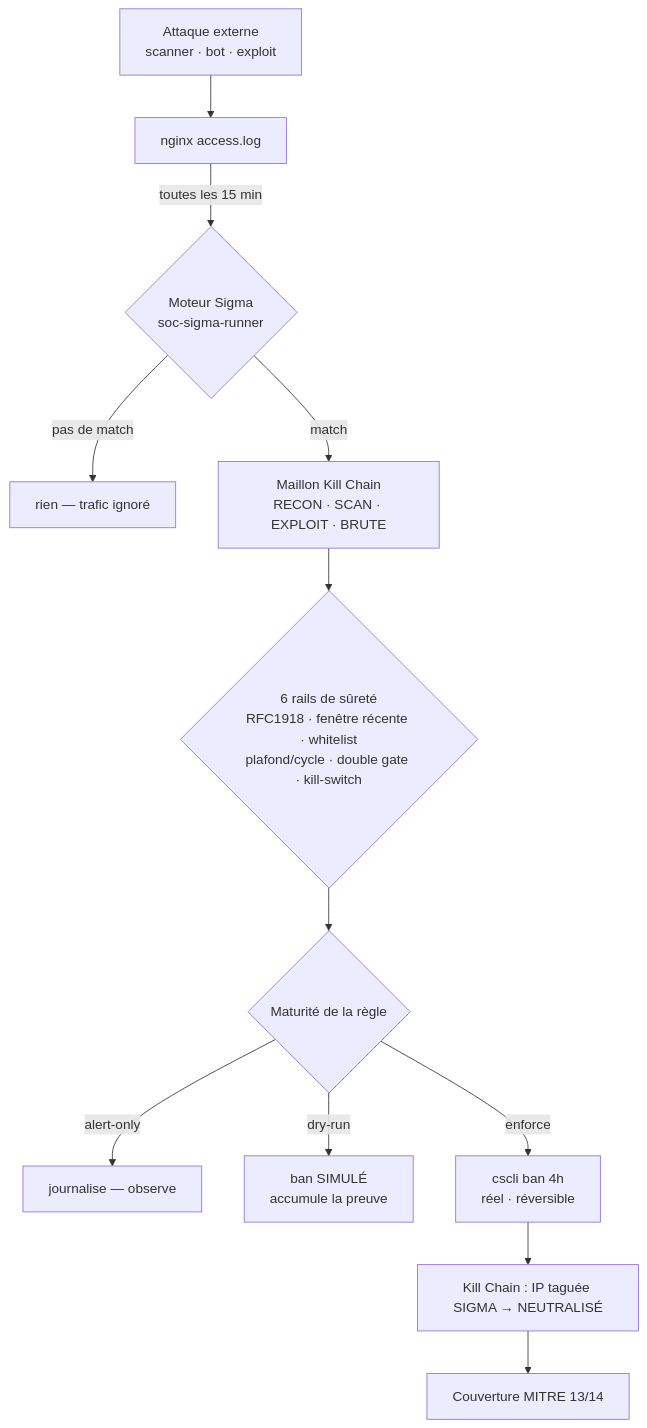
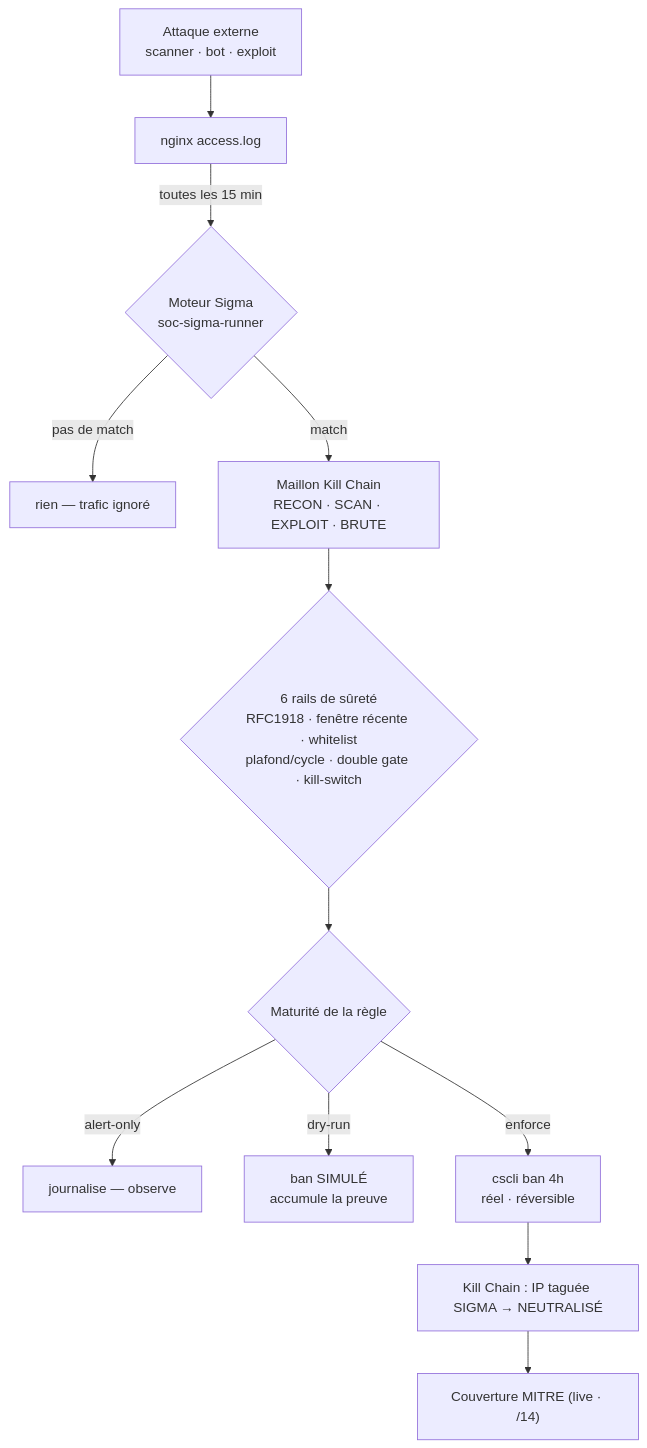
One commit to 0xCyberLiTech/SOC changed the diagram in 05-CHAINE-DEFENSE.md. Above: the diagram before and after it, drawn with Mermaid. The commit also changed other lines of this file and 7 other files, not shown here.

````diff
--- a/05-CHAINE-DEFENSE.md
+++ b/05-CHAINE-DEFENSE.md
@@ -212,14 +212,14 @@
 ```mermaid
 flowchart TD
     A["Attaque externe<br>scanner · bot · exploit"] --> B["nginx access.log"]
     B -->|toutes les 15 min| C{"Moteur Sigma<br>soc-sigma-runner"}
     C -->|pas de match| Z["rien — trafic ignoré"]
     C -->|match| D["Maillon Kill Chain<br>RECON · SCAN · EXPLOIT · BRUTE"]
     D --> E{"6 rails de sûreté<br>RFC1918 · fenêtre récente · whitelist<br>plafond/cycle · double gate · kill-switch"}
     E --> F{"Maturité de la règle"}
     F -->|alert-only| G["journalise — observe"]
     F -->|dry-run| H["ban SIMULÉ<br>accumule la preuve"]
     F -->|enforce| I["cscli ban 4h<br>réel · réversible"]
     I --> J["Kill Chain : IP taguée SIGMA → NEUTRALISÉ"]
-    J --> K["Couverture MITRE 13/14"]
+    J --> K["Couverture MITRE (live · /14)"]
 ```
````
